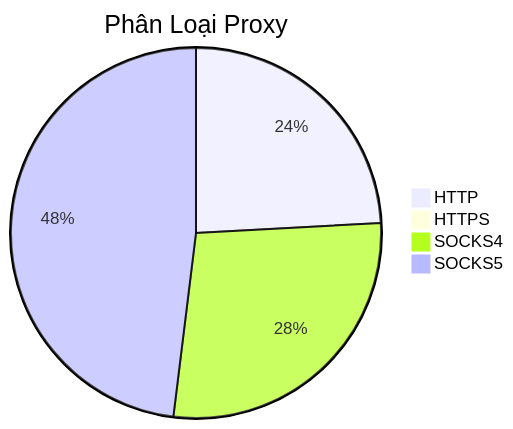
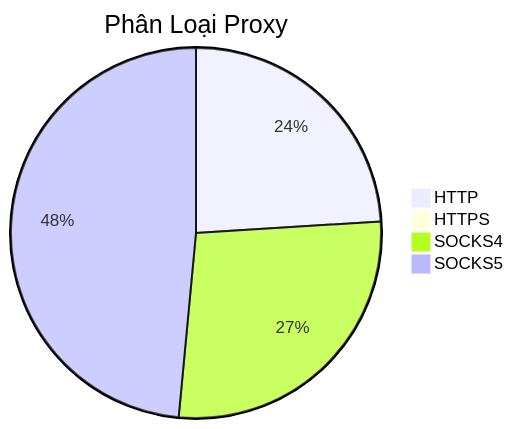
Before and after one commit to Ciara-Aa/PROXY-free: the diagram in README.md, drawn with Mermaid. The commit also changed other lines of this file and 4 other files, not shown here.

````diff
--- a/README.md
+++ b/README.md
@@ -26,7 +26,7 @@
 ```mermaid
 pie title Phân Loại Proxy
-    "HTTP" : 204
-    "HTTPS" : 1
-    "SOCKS4" : 235
-    "SOCKS5" : 406
+    "HTTP" : 193
+    "HTTPS" : 2
+    "SOCKS4" : 221
+    "SOCKS5" : 390
 ```
````
